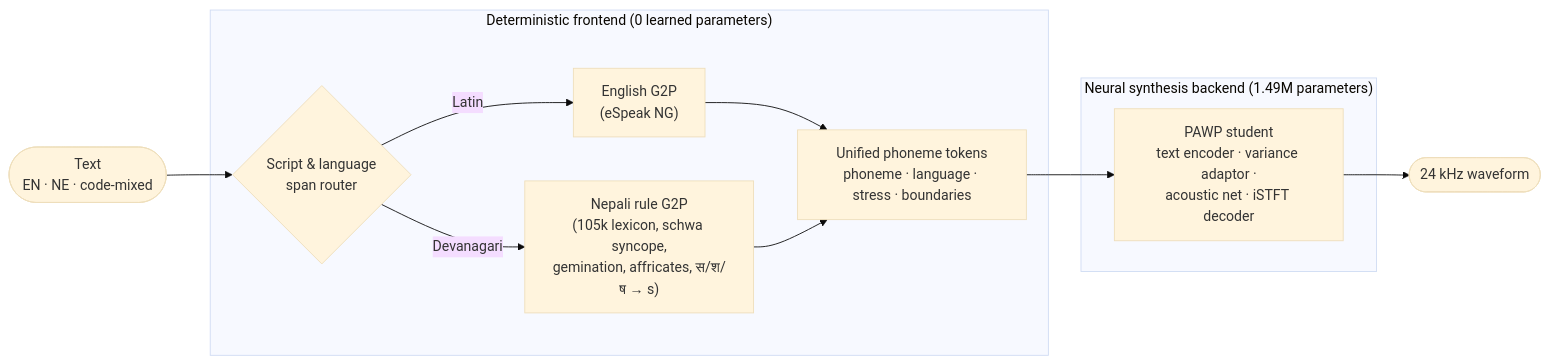
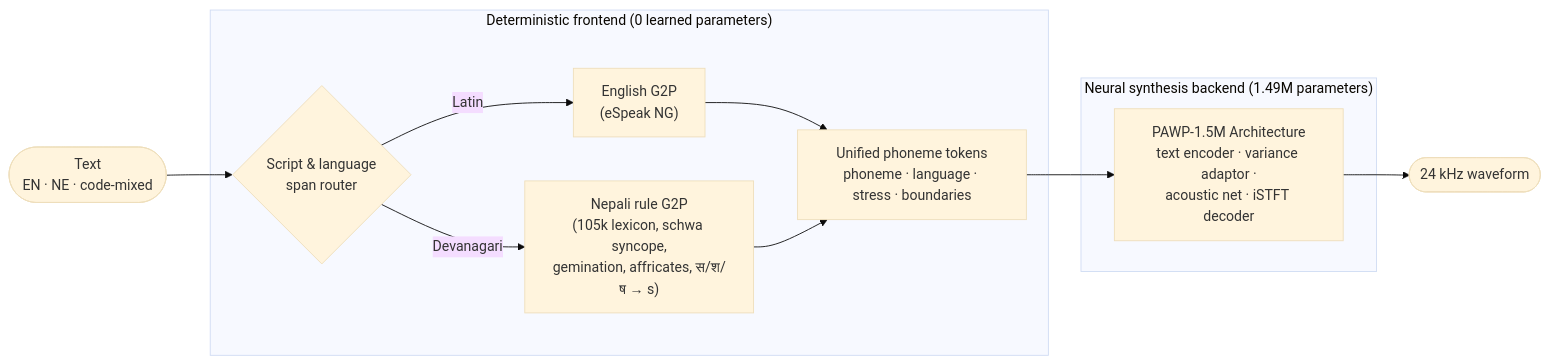
Before and after one commit to Firojpaudel/PAWP_TTS: the first of 2 diagrams in README.md, drawn with Mermaid (base theme). The commit also changed other lines of this file, not shown here.

Commit message:
docs: formalize PAWP-1.5M architecture naming throughout documentation

````diff
--- a/README.md
+++ b/README.md
@@ -55,22 +55,22 @@
 ```mermaid
 flowchart LR
     T(["Text<br/>EN · NE · code-mixed"])
 
     subgraph FRONTEND ["Deterministic frontend (0 learned parameters)"]
         R{"Script & language<br/>span router"}
         R -->|Latin| EN["English G2P<br/>(eSpeak NG)"]
         R -->|Devanagari| NE["Nepali rule G2P<br/>(105k lexicon, schwa syncope,<br/>gemination, affricates, स/श/ष → s)"]
         EN --> U["Unified phoneme tokens<br/>phoneme · language · stress · boundaries"]
         NE --> U
     end
 
     subgraph BACKEND ["Neural synthesis backend (1.49M parameters)"]
-        M["PAWP student<br/>text encoder · variance adaptor ·<br/>acoustic net · iSTFT decoder"]
+        M["PAWP-1.5M Architecture<br/>text encoder · variance adaptor ·<br/>acoustic net · iSTFT decoder"]
     end
 
     W(["24 kHz waveform"])
 
     T --> R
     U --> M
     M --> W
 ```
````
